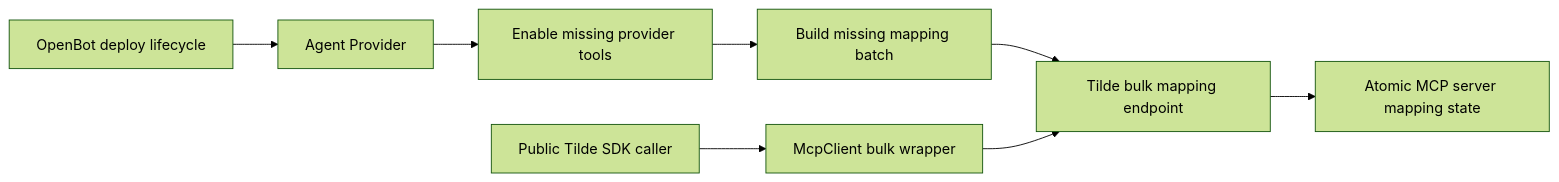
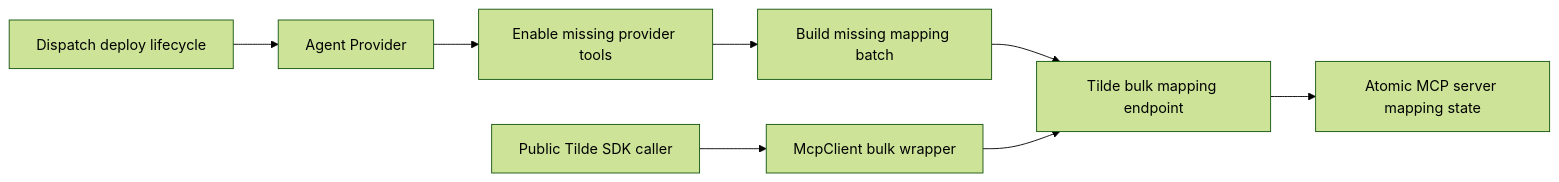
One commit to trytilde/dispatch changed the diagram in docs/updates/82.md. Above: the diagram before and after it, drawn with Mermaid (forest theme). The commit also changed other lines of this file and 668 other files, not shown here.

````diff
--- a/docs/updates/82.md
+++ b/docs/updates/82.md
@@ -15,10 +15,10 @@
 ```mermaid
 flowchart LR
-    D[OpenBot deploy lifecycle] --> A[Agent Provider]
+    D[Dispatch deploy lifecycle] --> A[Agent Provider]
     A --> E[Enable missing provider tools]
     E --> B[Build missing mapping batch]
     B --> T[Tilde bulk mapping endpoint]
     T --> M[Atomic MCP server mapping state]
     S[Public Tilde SDK caller] --> W[McpClient bulk wrapper]
     W --> T
 ```
````
